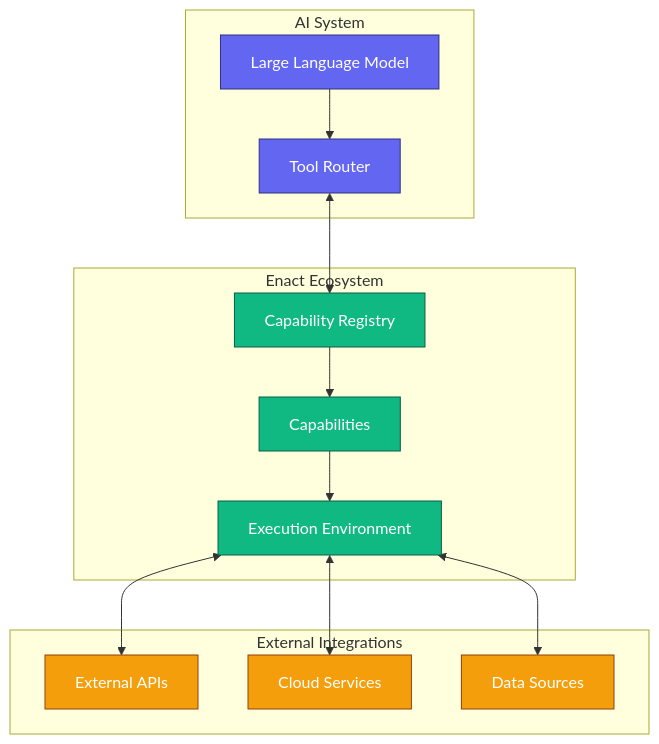
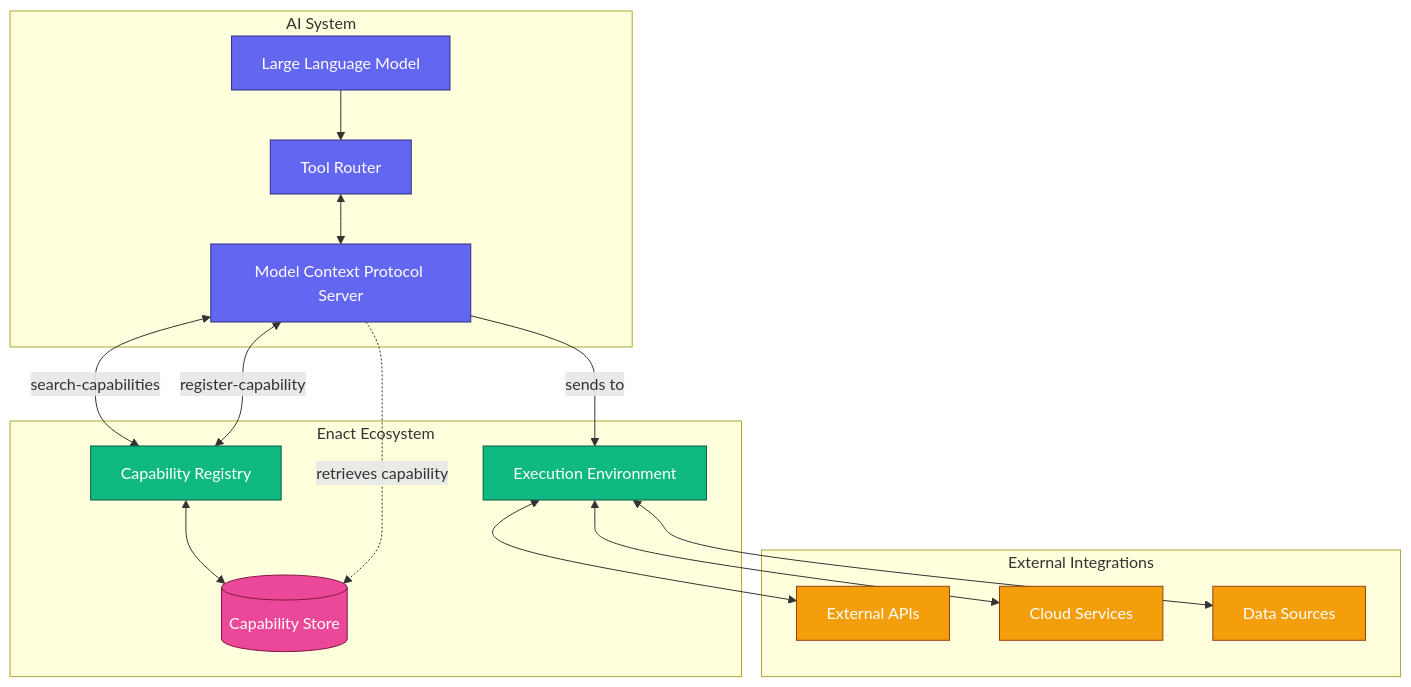
Before and after one commit to EnactProtocol/encat-spec-and-tools: the first of 2 diagrams in README.md, drawn with Mermaid.

Commit message:
update diagram

````diff
--- a/README.md
+++ b/README.md
@@ -29,37 +29,44 @@
 ```mermaid
 flowchart TB
     subgraph "AI System"
         LLM[Large Language Model]
         ToolRouter[Tool Router]
+        MCPServer[Model Context Protocol Server]
     end
     
     subgraph "Enact Ecosystem"
         Registry[Capability Registry]
-        Capabilities[Capabilities]
         ExecEnv[Execution Environment]
+        CapabilityStore[(Capability Store)]
     end
     
     LLM --> ToolRouter
-    ToolRouter <--> Registry
+    ToolRouter <--> MCPServer
+    MCPServer <-->|search-capabilities| Registry
+    MCPServer <-->|register-capability| Registry
     
-    Registry --> Capabilities
-    Capabilities --> ExecEnv
+    Registry <--> CapabilityStore
+    
+    MCPServer -.->|retrieves capability| CapabilityStore
+    MCPServer -->|sends to| ExecEnv
     
     subgraph "External Integrations"
         APIs[External APIs]
         Services[Cloud Services]
         Data[Data Sources]
     end
     
     ExecEnv <--> APIs
     ExecEnv <--> Services
     ExecEnv <--> Data
     
     classDef ai fill:#6366F1,stroke:#312E81,stroke-width:1px,color:white
     classDef enact fill:#10B981,stroke:#065F46,stroke-width:1px,color:white
     classDef external fill:#F59E0B,stroke:#92400E,stroke-width:1px,color:white
+    classDef data fill:#EC4899,stroke:#831843,stroke-width:1px,color:white
     
-    class LLM,ToolRouter ai
+    class LLM,ToolRouter,MCPServer ai
     class Registry,Capabilities,ExecEnv enact
     class APIs,Services,Data external
+    class CapabilityStore data
 ```
````
